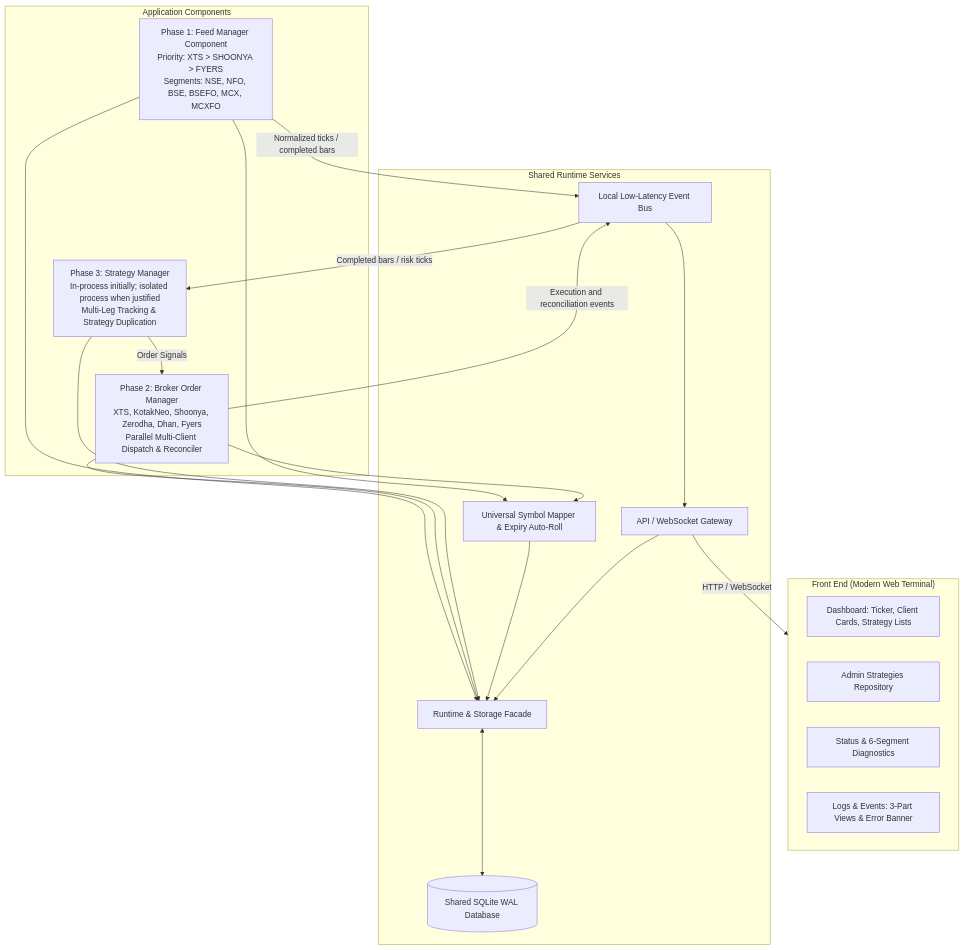
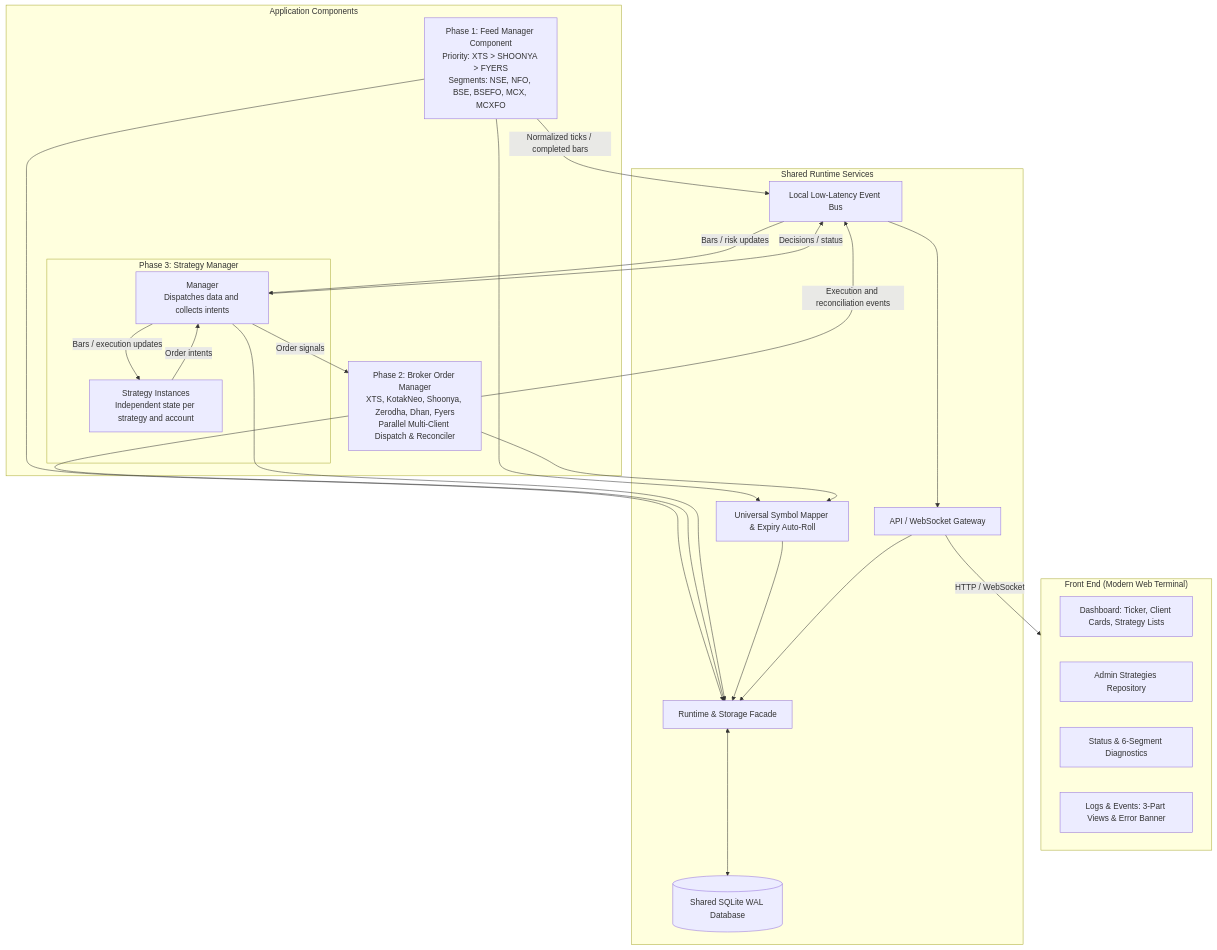
One commit to a521206/ftx-paper changed the diagram in docs/future-state/TRADING_SYSTEM_ARCHITECTURE.md. Above: the diagram before and after it, drawn with Mermaid.

Commit message:
Clarify strategy manager diagram

````diff
--- a/docs/future-state/TRADING_SYSTEM_ARCHITECTURE.md
+++ b/docs/future-state/TRADING_SYSTEM_ARCHITECTURE.md
@@ -23,38 +23,44 @@
 ```mermaid
 graph TD
     subgraph UI ["Front End (Modern Web Terminal)"]
         DASH[Dashboard: Ticker, Client Cards, Strategy Lists]
         ADMIN_STRAT[Admin Strategies Repository]
         STATUS_PAGE[Status & 6-Segment Diagnostics]
         LOGS_PAGE[Logs & Events: 3-Part Views & Error Banner]
     end
 
     subgraph Core ["Shared Runtime Services"]
         DB[(Shared SQLite WAL Database)]
         STORE[Runtime & Storage Facade]
         BUS[Local Low-Latency Event Bus]
         MAPPER[Universal Symbol Mapper & Expiry Auto-Roll]
         API[API / WebSocket Gateway]
     end
 
     subgraph Components ["Application Components"]
         FEED[Phase 1: Feed Manager Component<br/>Priority: XTS > SHOONYA > FYERS<br/>Segments: NSE, NFO, BSE, BSEFO, MCX, MCXFO]
         ORDER[Phase 2: Broker Order Manager<br/>XTS, KotakNeo, Shoonya, Zerodha, Dhan, Fyers<br/>Parallel Multi-Client Dispatch & Reconciler]
-        STRAT[Phase 3: Strategy Manager<br/>In-process initially; isolated process when justified<br/>Multi-Leg Tracking & Strategy Duplication]
+        subgraph STRAT ["Phase 3: Strategy Manager"]
+            MANAGER[Manager<br/>Dispatches data and collects intents]
+            INST[Strategy Instances<br/>Independent state per strategy and account]
+        end
     end
 
     FEED -->|Normalized ticks / completed bars| BUS
-    BUS -->|Completed bars / risk ticks| STRAT
-    STRAT -->|Order Signals| ORDER
+    BUS -->|Bars / risk updates| MANAGER
+    MANAGER -->|Bars / execution updates| INST
+    INST -->|Order intents| MANAGER
+    MANAGER -->|Order signals| ORDER
+    MANAGER -->|Decisions / status| BUS
     ORDER -->|Execution and reconciliation events| BUS
     BUS --> API
     API -->|HTTP / WebSocket| UI
     FEED --> MAPPER
     ORDER --> MAPPER
     FEED --> STORE
     ORDER --> STORE
-    STRAT --> STORE
+    MANAGER --> STORE
     MAPPER --> STORE
     API --> STORE
     STORE <--> DB
 ```
````
